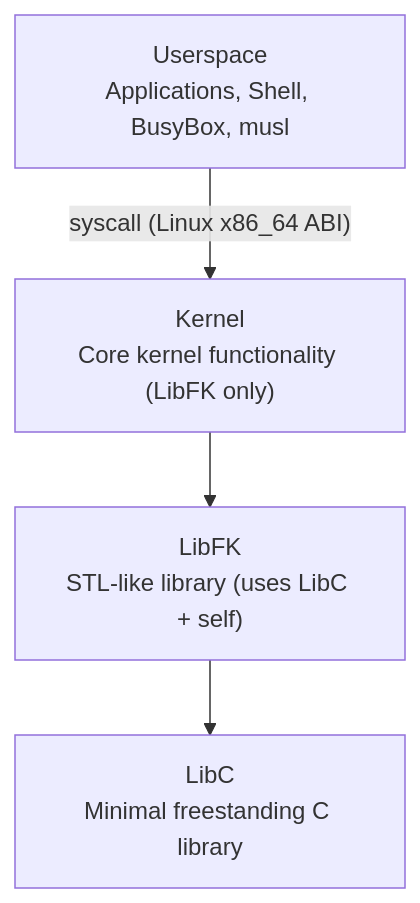
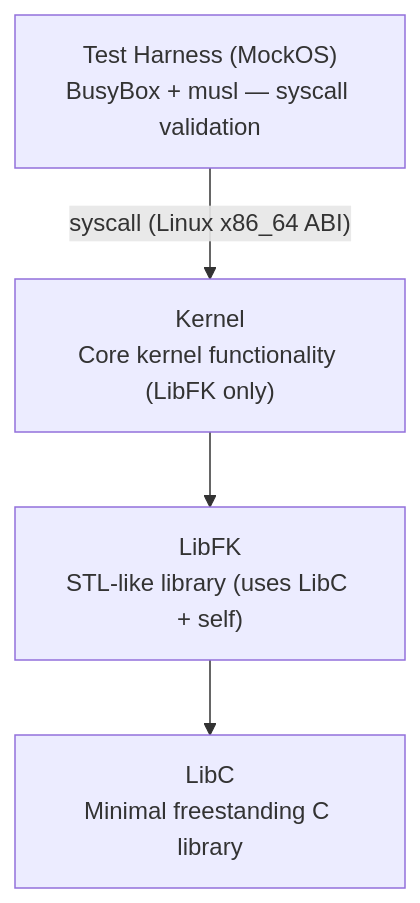
Before and after one commit to KitsuneBSD/FKernel: the first of 2 diagrams in Docs/Architecture/system-overview.md, drawn with Mermaid. The commit also changed other lines of this file and 25 other files, not shown here.

Commit message:
docs(correct-perspective): FKernel é kernel, MockOS é test harness

````diff
--- a/Docs/Architecture/system-overview.md
+++ b/Docs/Architecture/system-overview.md
@@ -7,10 +7,10 @@
 ```mermaid
 flowchart TD
-    U["Userspace<br/>Applications, Shell, BusyBox, musl"]
+    T["Test Harness (MockOS)<br/>BusyBox + musl — syscall validation"]
     K["Kernel<br/>Core kernel functionality (LibFK only)"]
     LFK["LibFK<br/>STL-like library (uses LibC + self)"]
     LC["LibC<br/>Minimal freestanding C library"]
-    U -->|"syscall (Linux x86_64 ABI)"| K
+    T -->|"syscall (Linux x86_64 ABI)"| K
     K --> LFK
     LFK --> LC
 ```
````
